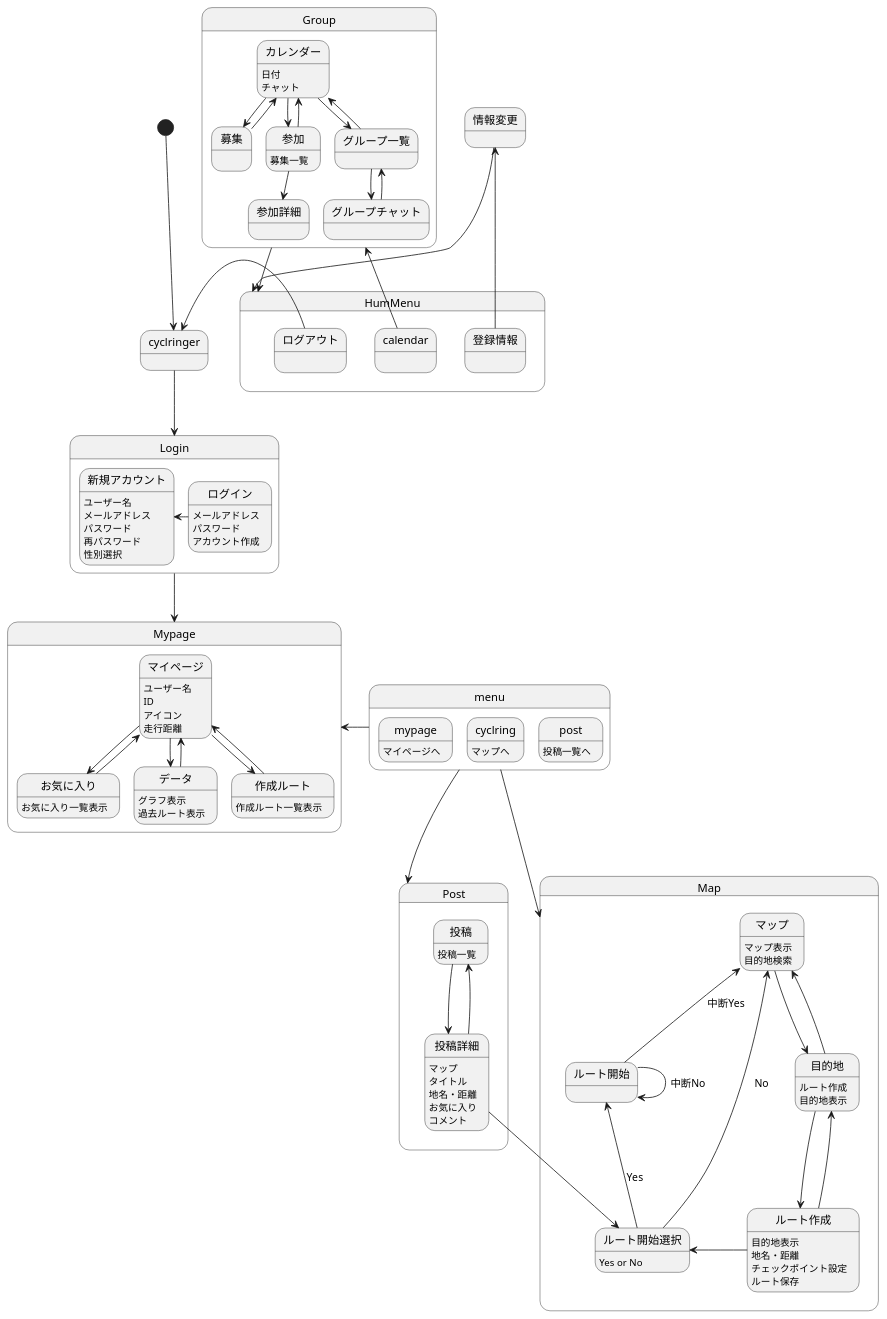
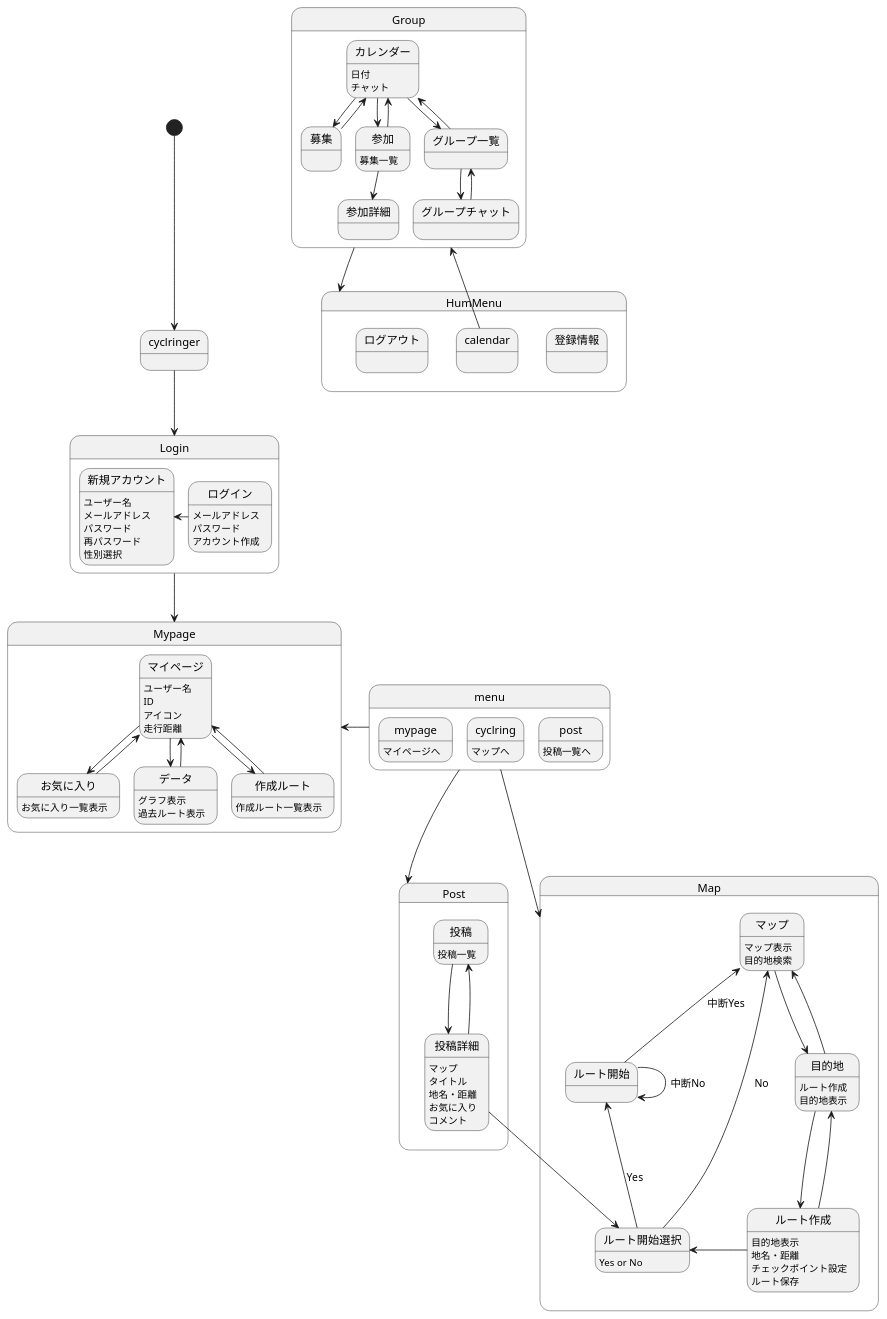
Before and after one commit to AsoSD3A3/CyclingSystem: the diagram in 画面遷移図/gm.md, drawn with PlantUML.

```diff
--- a/画面遷移図/gm.md
+++ b/画面遷移図/gm.md
@@ -15,13 +15,8 @@
 ログアウト:
 }
 
-
-
-登録情報-->情報変更
-情報変更-->HumMenu
 calendar-up->Group
 Group-->HumMenu
-ログアウト-left->cyclringer
 
 state Group{
 カレンダー:日付
```
